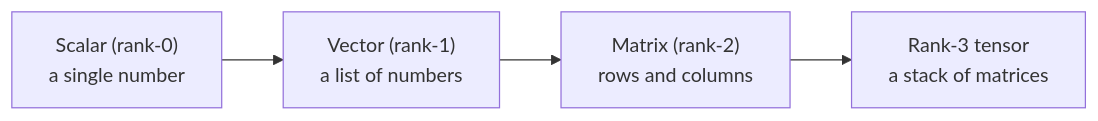
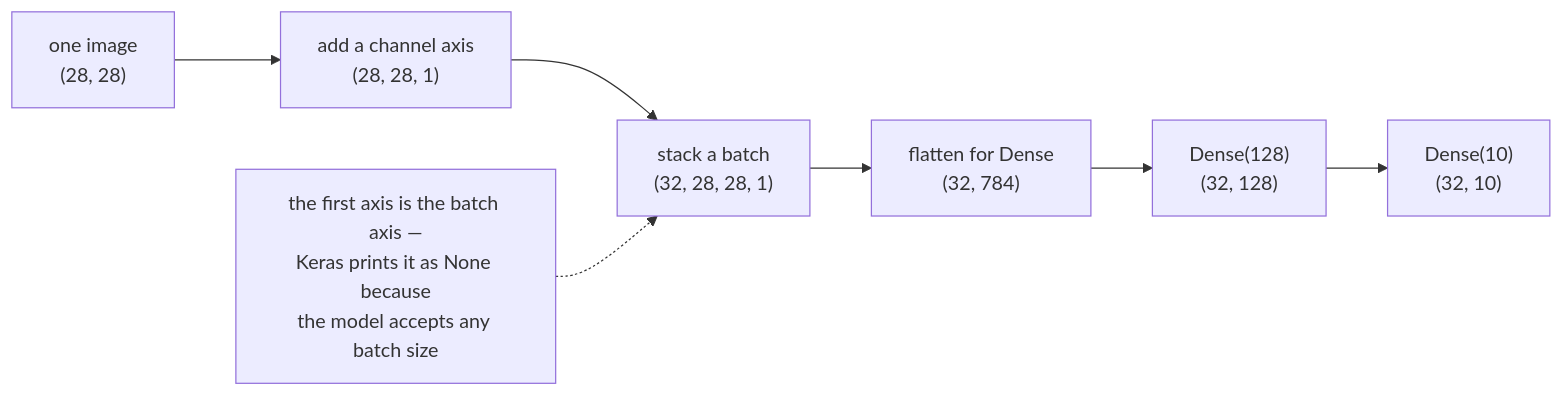
Before and after one commit to Ravikisha/PythonCentralHub: the diagram in src/content/docs/Deep Learning/Phase 01 - Neural Network Foundations/Tensors and Tensor Operations.mdx, drawn with Mermaid. The commit also changed other lines of this file and 626 other files, not shown here.

````diff
--- a/src/content/docs/Deep Learning/Phase 01 - Neural Network Foundations/Tensors and Tensor Operations.mdx
+++ b/src/content/docs/Deep Learning/Phase 01 - Neural Network Foundations/Tensors and Tensor Operations.mdx
@@ -22,6 +46,9 @@
-```mermaid title="From a single number to a stack of matrices" desc="Each step adds one more axis: scalar (0 axes), vector (1 axis), matrix (2 axes), rank-3 tensor (3 axes)."
+```mermaid
 flowchart LR
-  A["Scalar (rank-0)<br/>a single number"] --> B["Vector (rank-1)<br/>a list of numbers"]
-  B --> C["Matrix (rank-2)<br/>rows and columns"]
-  C --> D["Rank-3 tensor<br/>a stack of matrices"]
+  A["one image<br/>(28, 28)"] --> B["add a channel axis<br/>(28, 28, 1)"]
+  B --> C["stack a batch<br/>(32, 28, 28, 1)"]
+  C --> D["flatten for Dense<br/>(32, 784)"]
+  D --> E["Dense(128)<br/>(32, 128)"]
+  E --> F["Dense(10)<br/>(32, 10)"]
+  N["the first axis is the batch axis —<br/>Keras prints it as None because<br/>the model accepts any batch size"] -.-> C
 ```
````
